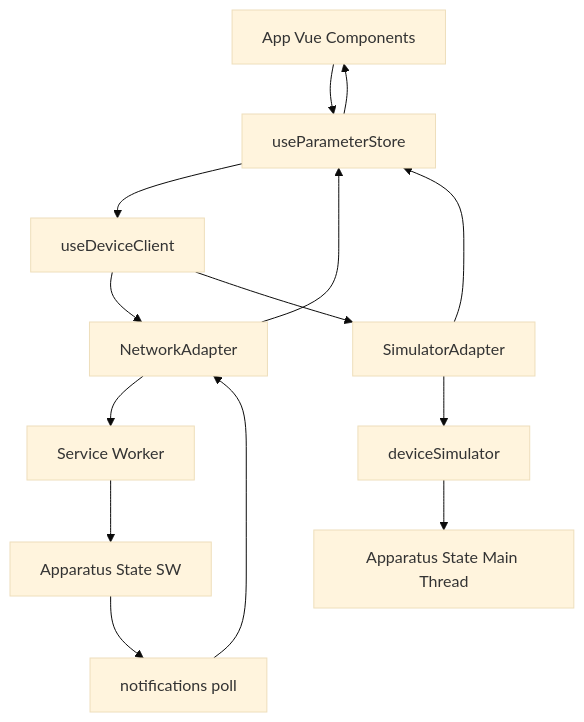
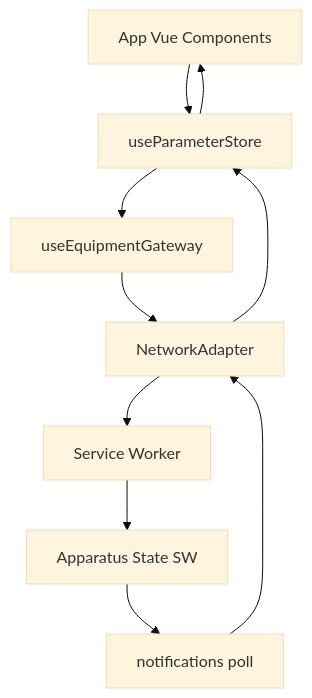
The first of 6 diagrams in README.md (mad4j/hmi-demo), drawn with Mermaid (base theme) before and after one commit. The commit also changed other lines of this file and 6 other files, not shown here.

First line of the commit message:
Remove direct simulator; default to NetworkAdapter

````diff
--- a/README.md
+++ b/README.md
@@ -50,20 +45,15 @@
 ```mermaid
 flowchart TD
   UI[App Vue Components] --> STORE[useParameterStore]
-  STORE --> CLIENT[useDeviceClient]
+  STORE --> CLIENT[useEquipmentGateway]
 
   CLIENT --> NET[NetworkAdapter]
-  CLIENT --> SIMAD[SimulatorAdapter]
 
   NET --> SW[Service Worker]
   SW --> SWSTATE[Apparatus State SW]
   SWSTATE --> POLL[notifications poll]
   POLL --> NET
 
-  SIMAD --> SIMCORE[deviceSimulator]
-  SIMCORE --> SIMSTATE[Apparatus State Main Thread]
-
   NET --> STORE
-  SIMAD --> STORE
   STORE --> UI
 ```
````
